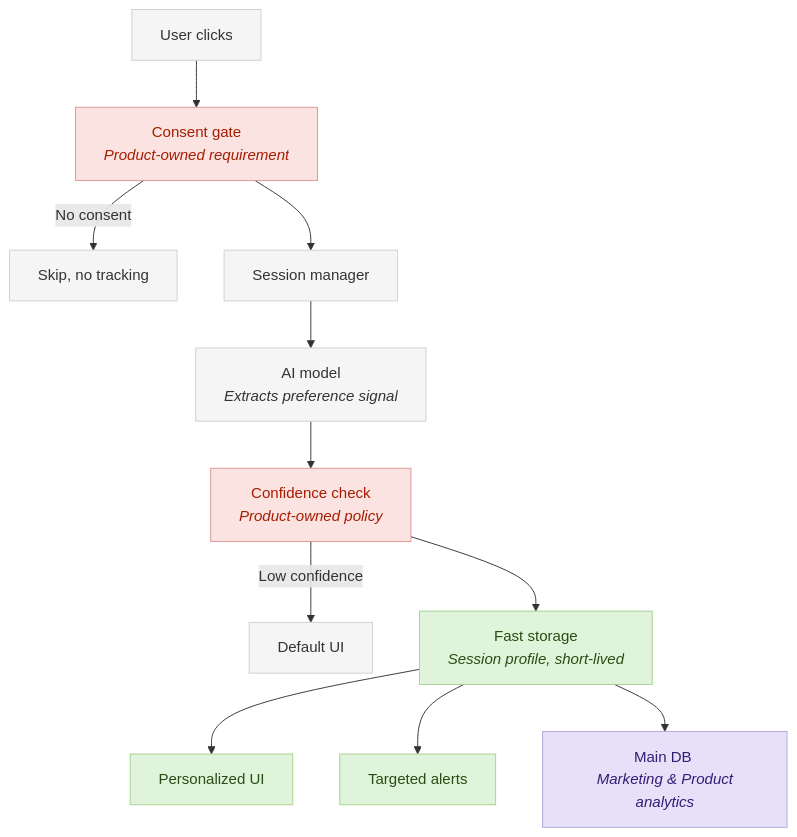
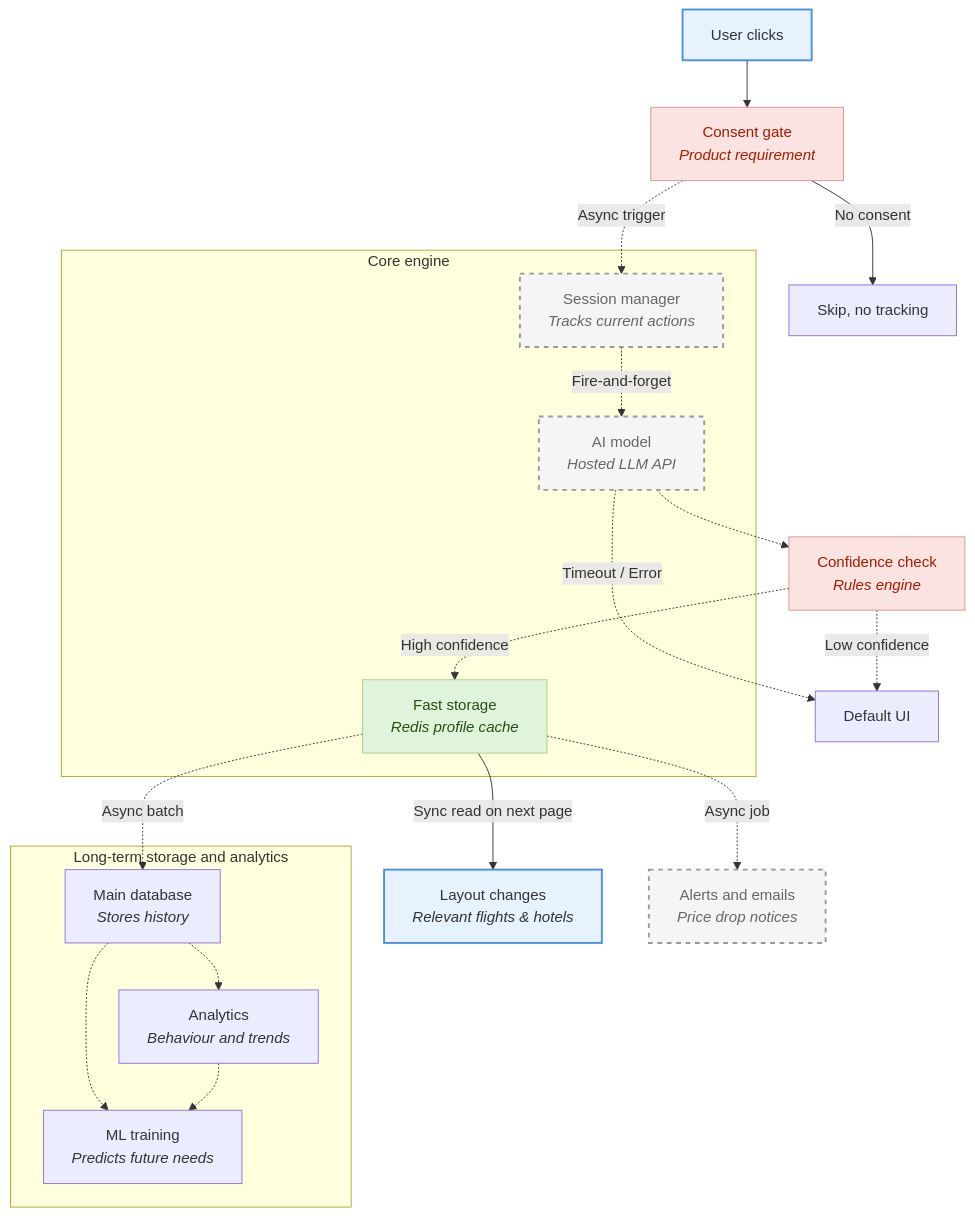
Before and after one commit to Chugh-Gourav/AI_ML_Practice: the diagram in AI Product Mangement/User_Memory/README.md, drawn with Mermaid. The commit also changed other lines of this file, not shown here.

Commit message:
docs: Deeply refine architecture and PM narrative based on expert critique

````diff
--- a/AI Product Mangement/User_Memory/README.md
+++ b/AI Product Mangement/User_Memory/README.md
@@ -25,24 +25,39 @@
 ```mermaid
 graph TD
-    classDef default fill:#f5f5f5,stroke:#d0d0d0,stroke-width:1px,color:#333;
+    classDef sync_flow fill:#e6f3ff,stroke:#4a90e2,stroke-width:2px,color:#333;
+    classDef async_flow fill:#f5f5f5,stroke:#999,stroke-width:2px,stroke-dasharray: 5 5,color:#666;
     classDef gate fill:#fae3e1,stroke:#d99694,stroke-width:1px,color:#a61c00;
     classDef storage fill:#e0f3db,stroke:#a8d08d,stroke-width:1px,color:#274e13;
-    classDef db fill:#e6e0f8,stroke:#b4a7d6,stroke-width:1px,color:#351c75;
 
-    A[User clicks] --> B[Consent gate <br/> <i>Product-owned requirement</i>]:::gate
-    
+    A[User clicks]:::sync_flow --> B[Consent gate <br/> <i>Product requirement</i>]:::gate
     B -->|No consent| C[Skip, no tracking]
     
-    B --> D[Session manager]
-    D --> E[AI model <br/> <i>Extracts preference signal</i>]
+    subgraph Core Engine [Core engine]
+        D[Session manager <br/> <i>Tracks current actions</i>]:::async_flow
+        E[AI model <br/> <i>Hosted LLM API</i>]:::async_flow
+        F[Fast storage <br/> <i>Redis profile cache</i>]:::storage
+    end
+
+    B -.->|Async trigger| D
+    D -.->|Fire-and-forget| E
     
-    E --> F[Confidence check <br/> <i>Product-owned policy</i>]:::gate
+    E -.->|Timeout / Error| G[Default UI]
     
-    F -->|Low confidence| G[Default UI]
+    E -.-> Z[Confidence check <br/> <i>Rules engine</i>]:::gate
+    Z -.->|Low confidence| G
+    Z -.->|High confidence| F
     
-    F --> H[Fast storage <br/> <i>Session profile, short-lived</i>]:::storage
+    F -->|Sync read on next page| I[Layout changes <br/> <i>Relevant flights & hotels</i>]:::sync_flow
+    F -.->|Async job| J[Alerts and emails <br/> <i>Price drop notices</i>]:::async_flow
     
-    H --> I[Personalized UI]:::storage
-    H --> J[Targeted alerts]:::storage
-    H --> K[Main DB <br/> <i>Marketing & Product analytics</i>]:::db
+    subgraph Long-term storage and analytics
+        K[Main database <br/> <i>Stores history</i>]
+        L[Analytics <br/> <i>Behaviour and trends</i>]
+        M[ML training <br/> <i>Predicts future needs</i>]
+    end
+    
+    F -.->|Async batch| K
+    K -.-> L
+    K -.-> M
+    L -.-> M
 ```
````
